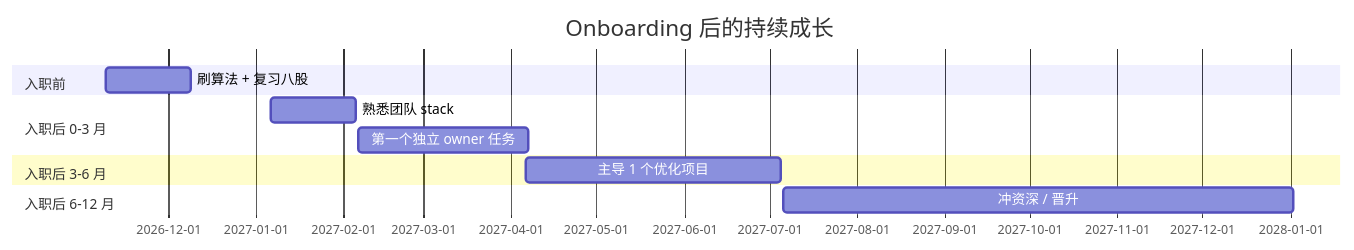
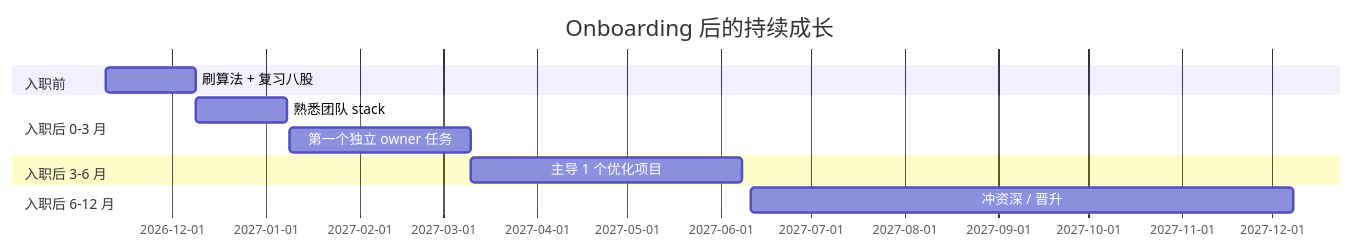
One commit to Xuefei-Zhang/llm-infer-journey changed the eighth of 8 diagrams in 08-job-strategy.md. Above: the diagram before and after it, drawn with Mermaid. The commit also changed 3 other files, not shown here.

First line of the commit message:
fix: correct overstated Day5/6 pre-completion claims, stale clone note, and onboarding gantt phase drift

````diff
--- a/08-job-strategy.md
+++ b/08-job-strategy.md
@@ -351,14 +351,14 @@
 ```mermaid
 gantt
     title Onboarding 后的持续成长
     dateFormat YYYY-MM-DD
     section 入职前
     刷算法 + 复习八股       :2026-11-09, 30d
     section 入职后 0-3 月
-    熟悉团队 stack          :2027-01-06, 30d
-    第一个独立 owner 任务   :2027-02-06, 60d
+    熟悉团队 stack          :2026-12-09, 30d
+    第一个独立 owner 任务   :2027-01-09, 60d
     section 入职后 3-6 月
-    主导 1 个优化项目        :2027-04-06, 90d
+    主导 1 个优化项目        :2027-03-10, 90d
     section 入职后 6-12 月
-    冲资深 / 晋升            :2027-07-06, 180d
+    冲资深 / 晋升            :2027-06-11, 180d
 ```
````
